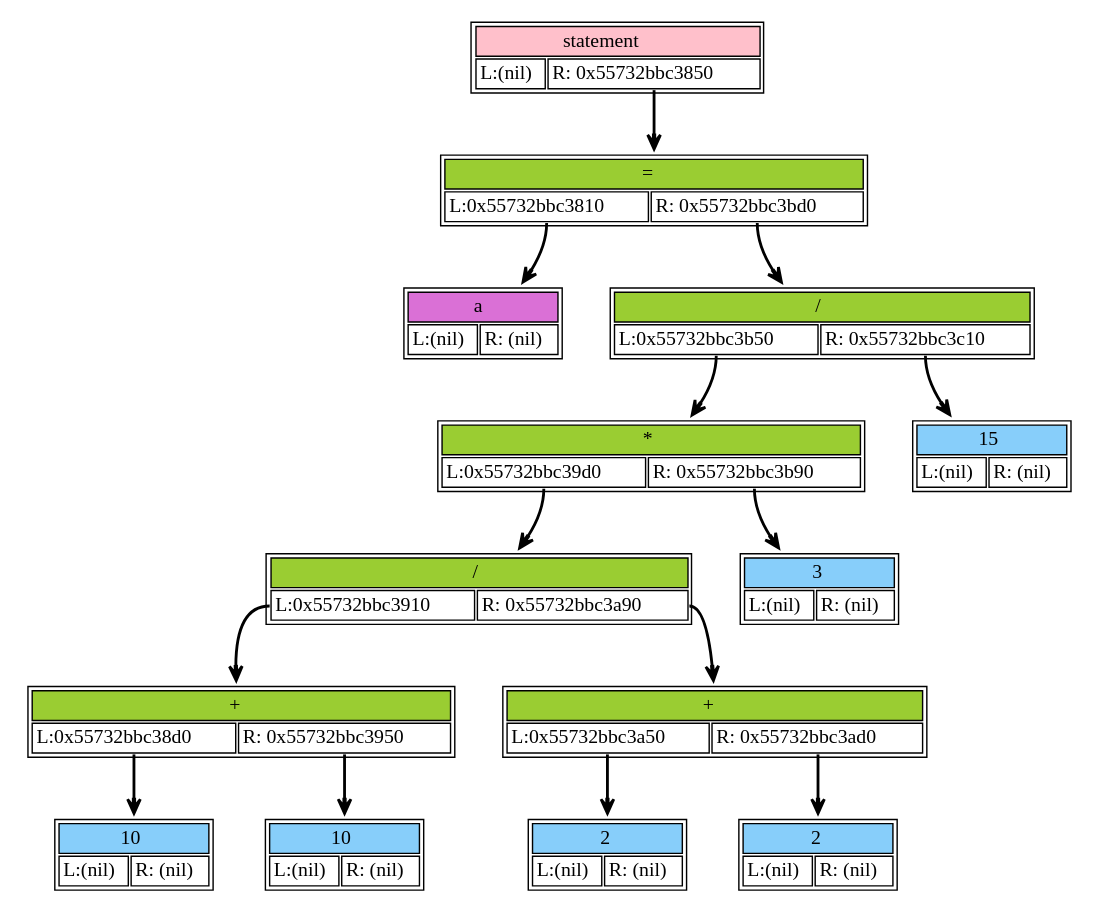
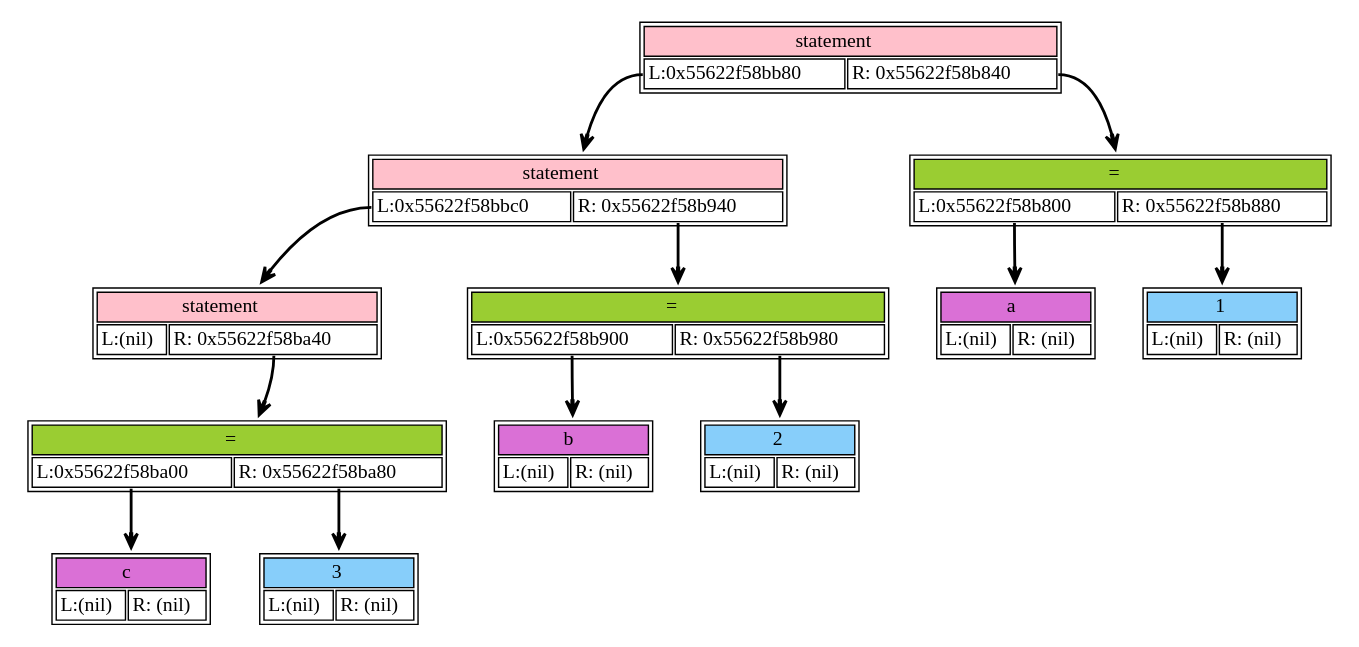
One commit to Varnike/language changed the diagram in dump/dump.dot. Above: the diagram before and after it, drawn with Graphviz. The commit also changed 8 other files, not shown here.

```diff
--- a/dump/dump.dot
+++ b/dump/dump.dot
@@ -1,86 +1,74 @@
 digraph dump_graph {
 	rankdir=TV; 
-node0x55732bbc3cd0 [shape=plaintext
+node0x55622f58bbc0 [shape=plaintext
 					label=<<table border='1' cellborder='1'>
 			<tr><td colspan="2" bgcolor="pink" > statement</td></tr>
-					<tr><td port= "lchild">L:(nil)</td><td port="rchild">R: 0x55732bbc3850</td></tr>
+					<tr><td port= "lchild">L:(nil)</td><td port="rchild">R: 0x55622f58ba40</td></tr>
 				</table>>];
-		node0x55732bbc3cd0:rchild -> node0x55732bbc3850[style=bold, arrowhead=vee];
-node0x55732bbc3810 [shape=plaintext
+		node0x55622f58bbc0:rchild -> node0x55622f58ba40[style=bold, arrowhead=vee];
+node0x55622f58ba00 [shape=plaintext
+					label=<<table border='1' cellborder='1'>
+			<tr><td colspan="2" bgcolor="orchid" > c</td></tr>
+					<tr><td port= "lchild">L:(nil)</td><td port="rchild">R: (nil)</td></tr>
+				</table>>];
+node0x55622f58ba40 [shape=plaintext
+					label=<<table border='1' cellborder='1'>
+			<tr><td colspan="2" bgcolor="olivedrab3" > =</td></tr>
+					<tr><td port= "lchild">L:0x55622f58ba00</td><td port="rchild">R: 0x55622f58ba80</td></tr>
+				</table>>];
+		node0x55622f58ba40:lchild -> node0x55622f58ba00[style=bold, arrowhead=vee];
+		node0x55622f58ba40:rchild -> node0x55622f58ba80[style=bold, arrowhead=vee];
+node0x55622f58ba80 [shape=plaintext
+					label=<<table border='1' cellborder='1'>
+			<tr><td colspan="2" bgcolor="lightskyblue" >3</td></tr>
+					<tr><td port= "lchild">L:(nil)</td><td port="rchild">R: (nil)</td></tr>
+				</table>>];
+node0x55622f58bb80 [shape=plaintext
+					label=<<table border='1' cellborder='1'>
+			<tr><td colspan="2" bgcolor="pink" > statement</td></tr>
+					<tr><td port= "lchild">L:0x55622f58bbc0</td><td port="rchild">R: 0x55622f58b940</td></tr>
+				</table>>];
+		node0x55622f58bb80:lchild -> node0x55622f58bbc0[style=bold, arrowhead=vee];
+		node0x55622f58bb80:rchild -> node0x55622f58b940[style=bold, arrowhead=vee];
+node0x55622f58b900 [shape=plaintext
+					label=<<table border='1' cellborder='1'>
+			<tr><td colspan="2" bgcolor="orchid" > b</td></tr>
+					<tr><td port= "lchild">L:(nil)</td><td port="rchild">R: (nil)</td></tr>
+				</table>>];
+node0x55622f58b940 [shape=plaintext
+					label=<<table border='1' cellborder='1'>
+			<tr><td colspan="2" bgcolor="olivedrab3" > =</td></tr>
+					<tr><td port= "lchild">L:0x55622f58b900</td><td port="rchild">R: 0x55622f58b980</td></tr>
+				</table>>];
+		node0x55622f58b940:lchild -> node0x55622f58b900[style=bold, arrowhead=vee];
+		node0x55622f58b940:rchild -> node0x55622f58b980[style=bold, arrowhead=vee];
+node0x55622f58b980 [shape=plaintext
+					label=<<table border='1' cellborder='1'>
+			<tr><td colspan="2" bgcolor="lightskyblue" >2</td></tr>
+					<tr><td port= "lchild">L:(nil)</td><td port="rchild">R: (nil)</td></tr>
+				</table>>];
+node0x55622f58bb40 [shape=plaintext
+					label=<<table border='1' cellborder='1'>
+			<tr><td colspan="2" bgcolor="pink" > statement</td></tr>
+					<tr><td port= "lchild">L:0x55622f58bb80</td><td port="rchild">R: 0x55622f58b840</td></tr>
+				</table>>];
+		node0x55622f58bb40:lchild -> node0x55622f58bb80[style=bold, arrowhead=vee];
+		node0x55622f58bb40:rchild -> node0x55622f58b840[style=bold, arrowhead=vee];
+node0x55622f58b800 [shape=plaintext
 					label=<<table border='1' cellborder='1'>
 			<tr><td colspan="2" bgcolor="orchid" > a</td></tr>
 					<tr><td port= "lchild">L:(nil)</td><td port="rchild">R: (nil)</td></tr>
 				</table>>];
-node0x55732bbc3850 [shape=plaintext
+node0x55622f58b840 [shape=plaintext
 					label=<<table border='1' cellborder='1'>
 			<tr><td colspan="2" bgcolor="olivedrab3" > =</td></tr>
-					<tr><td port= "lchild">L:0x55732bbc3810</td><td port="rchild">R: 0x55732bbc3bd0</td></tr>
+					<tr><td port= "lchild">L:0x55622f58b800</td><td port="rchild">R: 0x55622f58b880</td></tr>
 				</table>>];
-		node0x55732bbc3850:lchild -> node0x55732bbc3810[style=bold, arrowhead=vee];
-		node0x55732bbc3850:rchild -> node0x55732bbc3bd0[style=bold, arrowhead=vee];
-node0x55732bbc38d0 [shape=plaintext
+		node0x55622f58b840:lchild -> node0x55622f58b800[style=bold, arrowhead=vee];
+		node0x55622f58b840:rchild -> node0x55622f58b880[style=bold, arrowhead=vee];
+node0x55622f58b880 [shape=plaintext
 					label=<<table border='1' cellborder='1'>
-			<tr><td colspan="2" bgcolor="lightskyblue" >10</td></tr>
-					<tr><td port= "lchild">L:(nil)</td><td port="rchild">R: (nil)</td></tr>
-				</table>>];
-node0x55732bbc3910 [shape=plaintext
-					label=<<table border='1' cellborder='1'>
-			<tr><td colspan="2" bgcolor="olivedrab3" > +</td></tr>
-					<tr><td port= "lchild">L:0x55732bbc38d0</td><td port="rchild">R: 0x55732bbc3950</td></tr>
-				</table>>];
-		node0x55732bbc3910:lchild -> node0x55732bbc38d0[style=bold, arrowhead=vee];
-		node0x55732bbc3910:rchild -> node0x55732bbc3950[style=bold, arrowhead=vee];
-node0x55732bbc3950 [shape=plaintext
-					label=<<table border='1' cellborder='1'>
-			<tr><td colspan="2" bgcolor="lightskyblue" >10</td></tr>
-					<tr><td port= "lchild">L:(nil)</td><td port="rchild">R: (nil)</td></tr>
-				</table>>];
-node0x55732bbc39d0 [shape=plaintext
-					label=<<table border='1' cellborder='1'>
-			<tr><td colspan="2" bgcolor="olivedrab3" > /</td></tr>
-					<tr><td port= "lchild">L:0x55732bbc3910</td><td port="rchild">R: 0x55732bbc3a90</td></tr>
-				</table>>];
-		node0x55732bbc39d0:lchild -> node0x55732bbc3910[style=bold, arrowhead=vee];
-		node0x55732bbc39d0:rchild -> node0x55732bbc3a90[style=bold, arrowhead=vee];
-node0x55732bbc3a50 [shape=plaintext
-					label=<<table border='1' cellborder='1'>
-			<tr><td colspan="2" bgcolor="lightskyblue" >2</td></tr>
-					<tr><td port= "lchild">L:(nil)</td><td port="rchild">R: (nil)</td></tr>
-				</table>>];
-node0x55732bbc3a90 [shape=plaintext
-					label=<<table border='1' cellborder='1'>
-			<tr><td colspan="2" bgcolor="olivedrab3" > +</td></tr>
-					<tr><td port= "lchild">L:0x55732bbc3a50</td><td port="rchild">R: 0x55732bbc3ad0</td></tr>
-				</table>>];
-		node0x55732bbc3a90:lchild -> node0x55732bbc3a50[style=bold, arrowhead=vee];
-		node0x55732bbc3a90:rchild -> node0x55732bbc3ad0[style=bold, arrowhead=vee];
-node0x55732bbc3ad0 [shape=plaintext
-					label=<<table border='1' cellborder='1'>
-			<tr><td colspan="2" bgcolor="lightskyblue" >2</td></tr>
-					<tr><td port= "lchild">L:(nil)</td><td port="rchild">R: (nil)</td></tr>
-				</table>>];
-node0x55732bbc3b50 [shape=plaintext
-					label=<<table border='1' cellborder='1'>
-			<tr><td colspan="2" bgcolor="olivedrab3" > *</td></tr>
-					<tr><td port= "lchild">L:0x55732bbc39d0</td><td port="rchild">R: 0x55732bbc3b90</td></tr>
-				</table>>];
-		node0x55732bbc3b50:lchild -> node0x55732bbc39d0[style=bold, arrowhead=vee];
-		node0x55732bbc3b50:rchild -> node0x55732bbc3b90[style=bold, arrowhead=vee];
-node0x55732bbc3b90 [shape=plaintext
-					label=<<table border='1' cellborder='1'>
-			<tr><td colspan="2" bgcolor="lightskyblue" >3</td></tr>
-					<tr><td port= "lchild">L:(nil)</td><td port="rchild">R: (nil)</td></tr>
-				</table>>];
-node0x55732bbc3bd0 [shape=plaintext
-					label=<<table border='1' cellborder='1'>
-			<tr><td colspan="2" bgcolor="olivedrab3" > /</td></tr>
-					<tr><td port= "lchild">L:0x55732bbc3b50</td><td port="rchild">R: 0x55732bbc3c10</td></tr>
-				</table>>];
-		node0x55732bbc3bd0:lchild -> node0x55732bbc3b50[style=bold, arrowhead=vee];
-		node0x55732bbc3bd0:rchild -> node0x55732bbc3c10[style=bold, arrowhead=vee];
-node0x55732bbc3c10 [shape=plaintext
-					label=<<table border='1' cellborder='1'>
-			<tr><td colspan="2" bgcolor="lightskyblue" >15</td></tr>
+			<tr><td colspan="2" bgcolor="lightskyblue" >1</td></tr>
 					<tr><td port= "lchild">L:(nil)</td><td port="rchild">R: (nil)</td></tr>
 				</table>>];
 }
```
